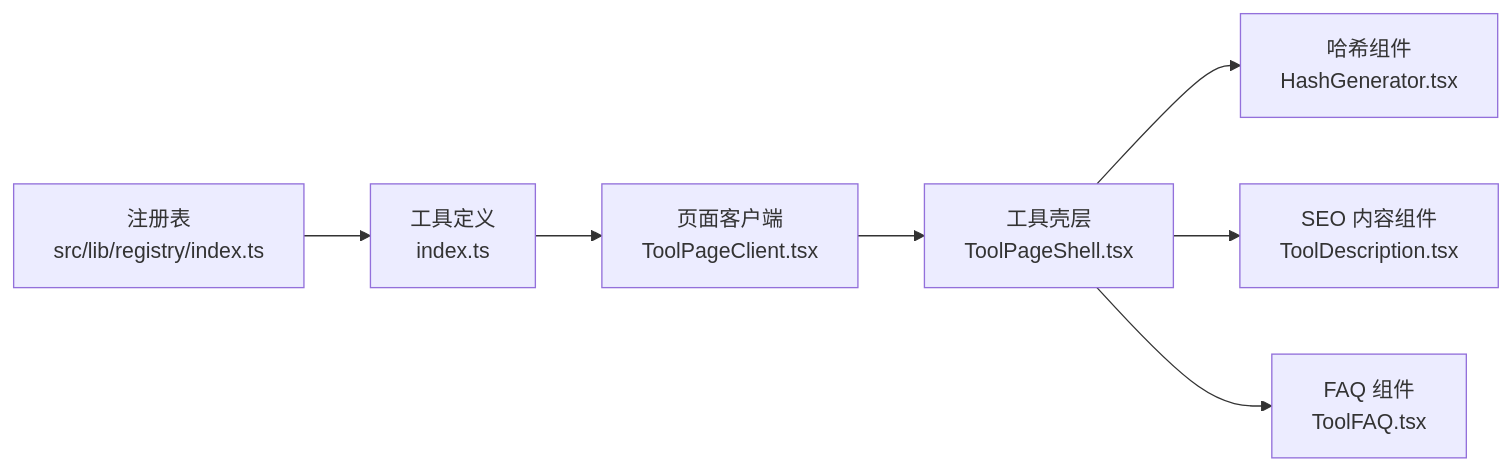
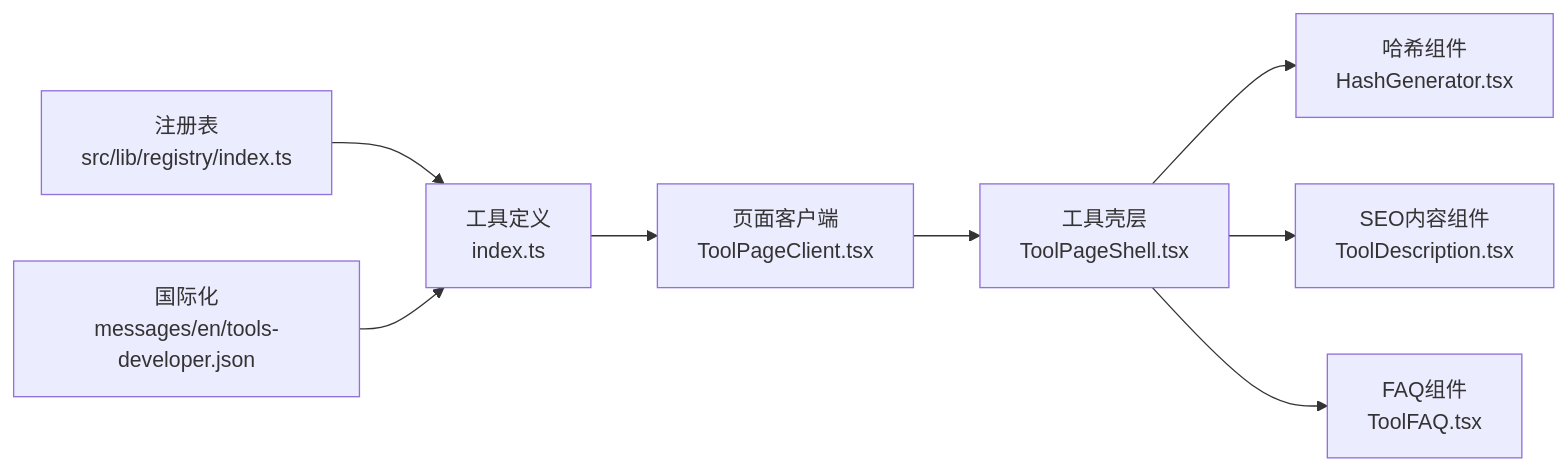
One commit to sgyy/privadeck changed the fifth of 9 diagrams in .qoder/repowiki/zh/content/开发者工具/哈希生成工具.md. Above: the diagram before and after it, drawn with Mermaid. The commit also changed other lines of this file and 4 other files, not shown here.

````diff
--- a/.qoder/repowiki/zh/content/开发者工具/哈希生成工具.md
+++ b/.qoder/repowiki/zh/content/开发者工具/哈希生成工具.md
@@ -196,9 +266,10 @@
 ```mermaid
 graph LR
 REG["注册表<br/>src/lib/registry/index.ts"] --> DEF["工具定义<br/>index.ts"]
 PAGE["页面客户端<br/>ToolPageClient.tsx"] --> SHELL["工具壳层<br/>ToolPageShell.tsx"]
 SHELL --> UI["哈希组件<br/>HashGenerator.tsx"]
 DEF --> PAGE
-SHELL --> SEO["SEO 内容组件<br/>ToolDescription.tsx"]
-SHELL --> FAQ["FAQ 组件<br/>ToolFAQ.tsx"]
+SHELL --> SEO["SEO内容组件<br/>ToolDescription.tsx"]
+SHELL --> FAQ["FAQ组件<br/>ToolFAQ.tsx"]
+I18N["国际化<br/>messages/en/tools-developer.json"] --> DEF
 ```
````
